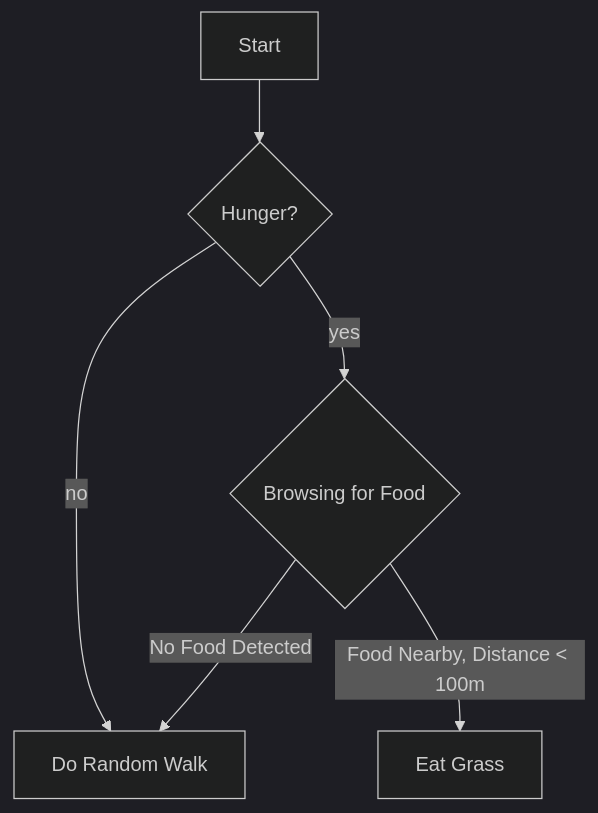
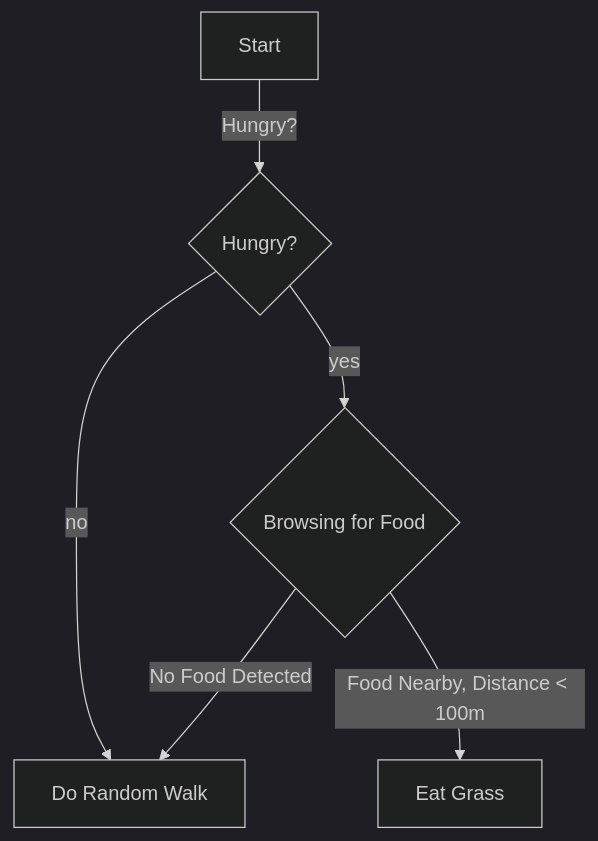
Before and after one commit to Red-Sigma/proj-ki-geo: the second of 5 diagrams in docs/design/animals/elk/elk.md, drawn with Mermaid (dark theme). The commit also changed other lines of this file and 2 other files, not shown here.

````diff
--- a/docs/design/animals/elk/elk.md
+++ b/docs/design/animals/elk/elk.md
@@ -10,8 +10,8 @@
 ```mermaid
 flowchart TD
-    A[Start]--> B{Hunger?}
+    A[Start]--> |Hungry?| B{Hungry?}
     B -->|no| D[Do Random Walk]
     B -->|yes| C{Browsing for Food}
     C -->|Food Nearby, Distance < 100m| E[Eat Grass]
     C -->|No Food Detected| D
 ```
````
